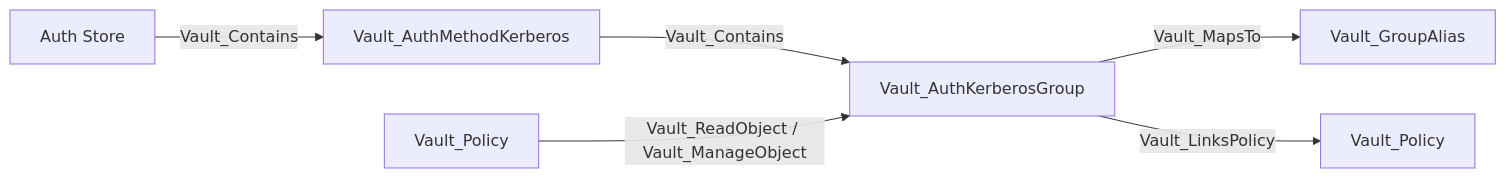
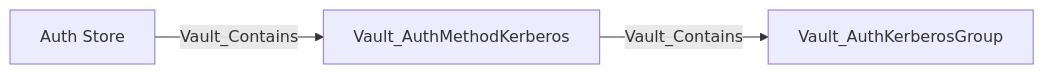
Diagram 17 of 39 in Documentation/stores/AUTH.md (bytewreck/opengraph-vault), drawn with Mermaid before and after one commit. The commit also changed other lines of this file and 3 other files, not shown here.

````diff
--- a/Documentation/stores/AUTH.md
+++ b/Documentation/stores/AUTH.md
@@ -295,8 +270,5 @@
 ```mermaid
 flowchart LR
     store[Auth Store] -->|Vault_Contains| method[Vault_AuthMethodKerberos]
     method -->|Vault_Contains| group[Vault_AuthKerberosGroup]
-    group -->|Vault_MapsTo| alias[Vault_GroupAlias]
-    group -->|Vault_LinksPolicy| policy[Vault_Policy]
-    admin[Vault_Policy] -->|Vault_ReadObject / Vault_ManageObject| group
 ```
````
